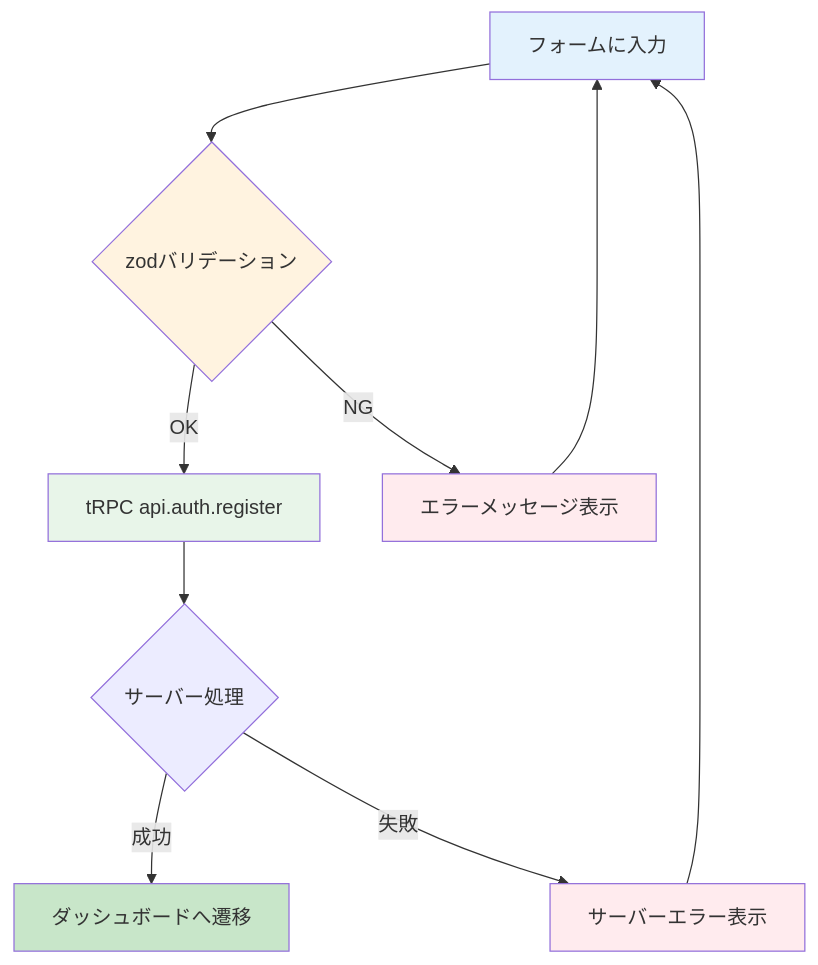
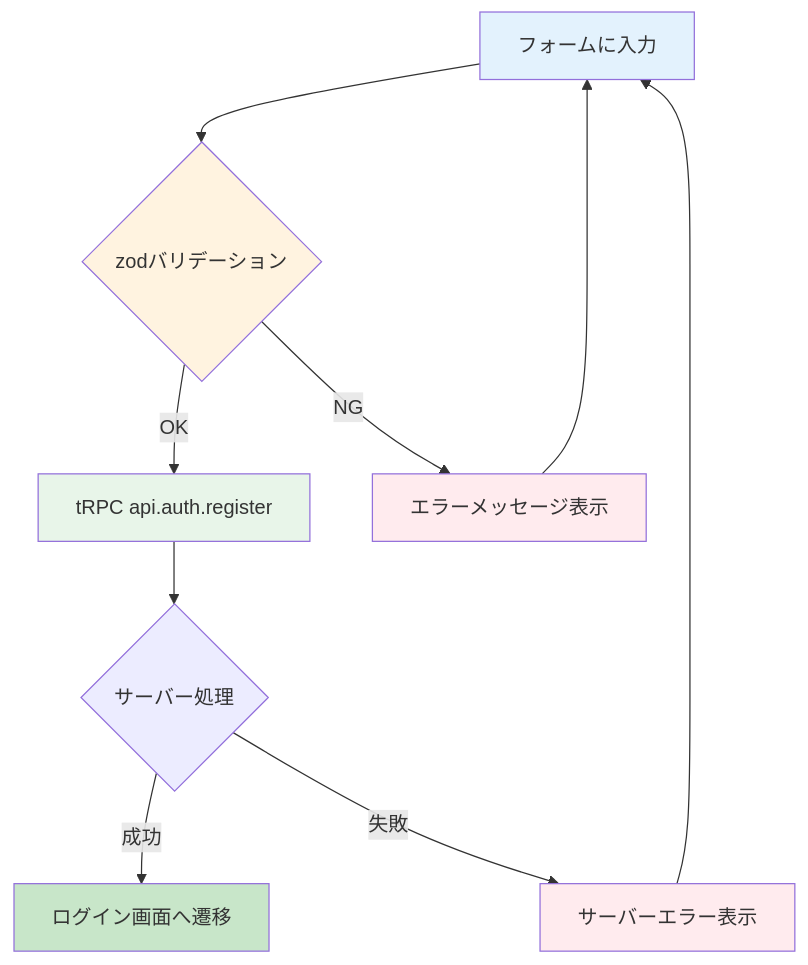
One commit to kouiso/task-app changed the first of 2 diagrams in material/30days-curriculum/day06_ユーザー登録画面.md. Above: the diagram before and after it, drawn with Mermaid. The commit also changed other lines of this file and 345 other files, not shown here.

````diff
--- a/material/30days-curriculum/day06_ユーザー登録画面.md
+++ b/material/30days-curriculum/day06_ユーザー登録画面.md
@@ -32,18 +32,18 @@
 ```mermaid
 flowchart TD
     A[フォームに入力] --> B{zodバリデーション}
     B -->|OK| C[tRPC api.auth.register]
     B -->|NG| D[エラーメッセージ表示]
     D --> A
     C --> E{サーバー処理}
-    E -->|成功| F[ダッシュボードへ遷移]
+    E -->|成功| F[ログイン画面へ遷移]
     E -->|失敗| G[サーバーエラー表示]
     G --> A
 
     style A fill:#e3f2fd
     style B fill:#fff3e0
     style C fill:#e8f5e9
     style F fill:#c8e6c9
     style D fill:#ffebee
     style G fill:#ffebee
 ```
````
